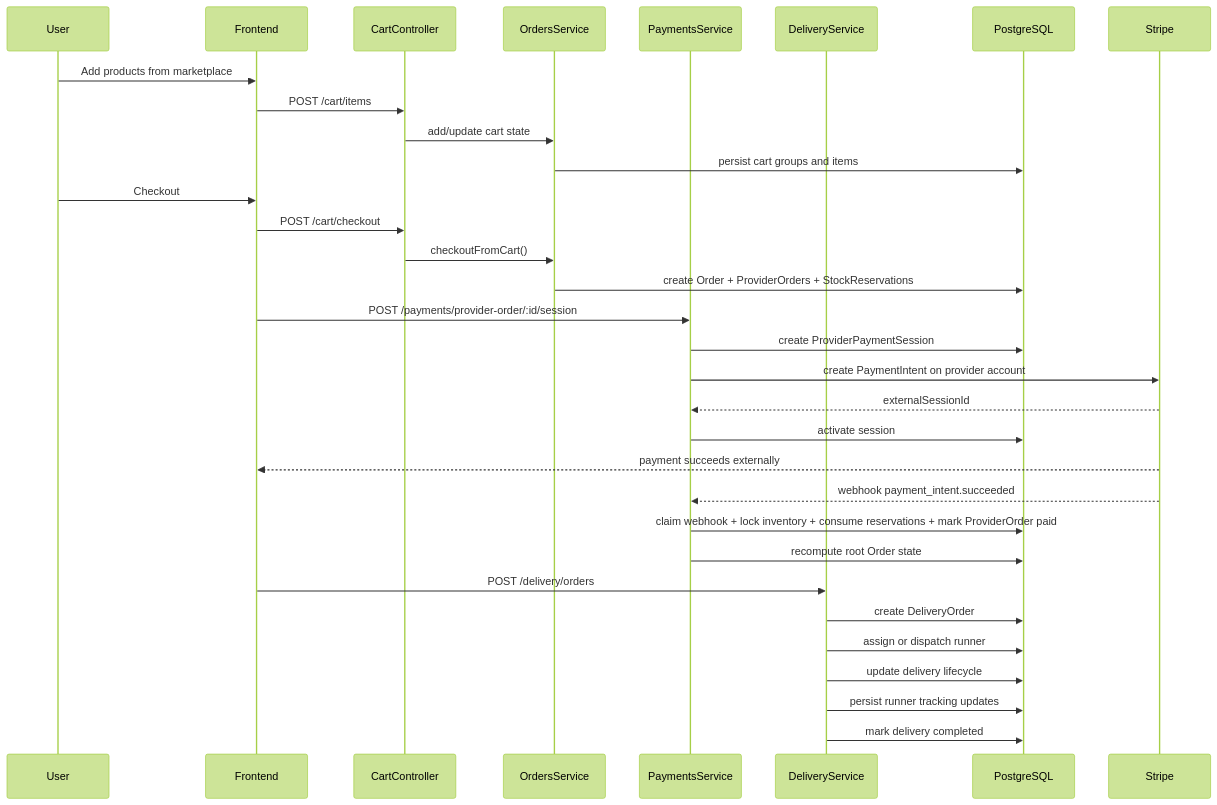
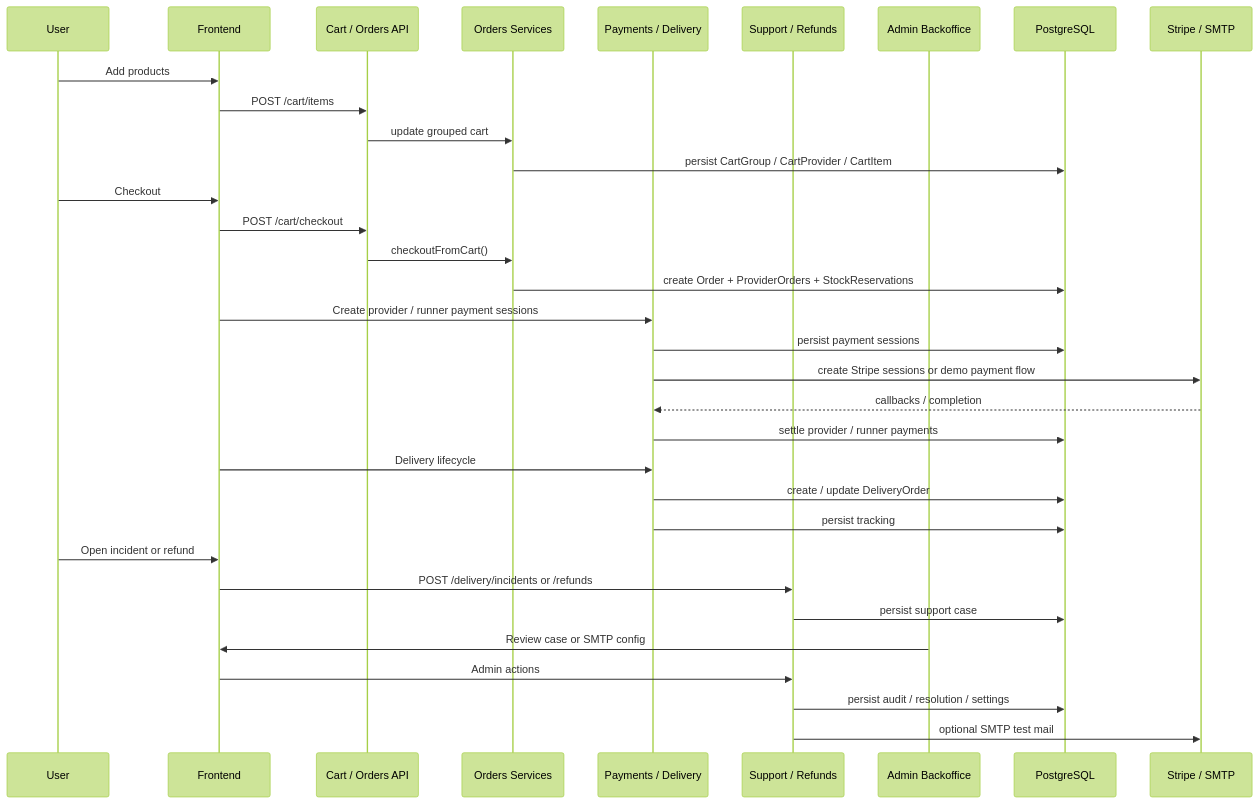
The diagram in docs/diagrams/order-flow-sequence.md (p1sci5k3y/Mecerka), drawn with Mermaid (forest theme) before and after one commit. The commit also changed 11 other files, not shown here.

Commit message:
docs: refresh architecture and flow documentation

````diff
--- a/docs/diagrams/order-flow-sequence.md
+++ b/docs/diagrams/order-flow-sequence.md
@@ -3,40 +3,41 @@
 ```mermaid
 sequenceDiagram
     participant U as User
     participant F as Frontend
-    participant C as CartController
-    participant O as OrdersService
-    participant P as PaymentsService
-    participant D as DeliveryService
+    participant C as Cart / Orders API
+    participant O as Orders Services
+    participant P as Payments / Delivery
+    participant S as Support / Refunds
+    participant A as Admin Backoffice
     participant DB as PostgreSQL
-    participant S as Stripe
+    participant X as Stripe / SMTP
 
-    U->>F: Add products from marketplace
+    U->>F: Add products
     F->>C: POST /cart/items
-    C->>O: add/update cart state
-    O->>DB: persist cart groups and items
+    C->>O: update grouped cart
+    O->>DB: persist CartGroup / CartProvider / CartItem
 
     U->>F: Checkout
     F->>C: POST /cart/checkout
     C->>O: checkoutFromCart()
     O->>DB: create Order + ProviderOrders + StockReservations
 
-    F->>P: POST /payments/provider-order/:id/session
-    P->>DB: create ProviderPaymentSession
-    P->>S: create PaymentIntent on provider account
-    S-->>P: externalSessionId
-    P->>DB: activate session
+    F->>P: Create provider / runner payment sessions
+    P->>DB: persist payment sessions
+    P->>X: create Stripe sessions or demo payment flow
+    X-->>P: callbacks / completion
+    P->>DB: settle provider / runner payments
 
-    S-->>F: payment succeeds externally
-    S-->>P: webhook payment_intent.succeeded
-    P->>DB: claim webhook + lock inventory + consume reservations + mark ProviderOrder paid
-    P->>DB: recompute root Order state
+    F->>P: Delivery lifecycle
+    P->>DB: create / update DeliveryOrder
+    P->>DB: persist tracking
 
-    F->>D: POST /delivery/orders
-    D->>DB: create DeliveryOrder
-    D->>DB: assign or dispatch runner
+    U->>F: Open incident or refund
+    F->>S: POST /delivery/incidents or /refunds
+    S->>DB: persist support case
 
-    D->>DB: update delivery lifecycle
-    D->>DB: persist runner tracking updates
-    D->>DB: mark delivery completed
+    A->>F: Review case or SMTP config
+    F->>S: Admin actions
+    S->>DB: persist audit / resolution / settings
+    S->>X: optional SMTP test mail
 ```
````
